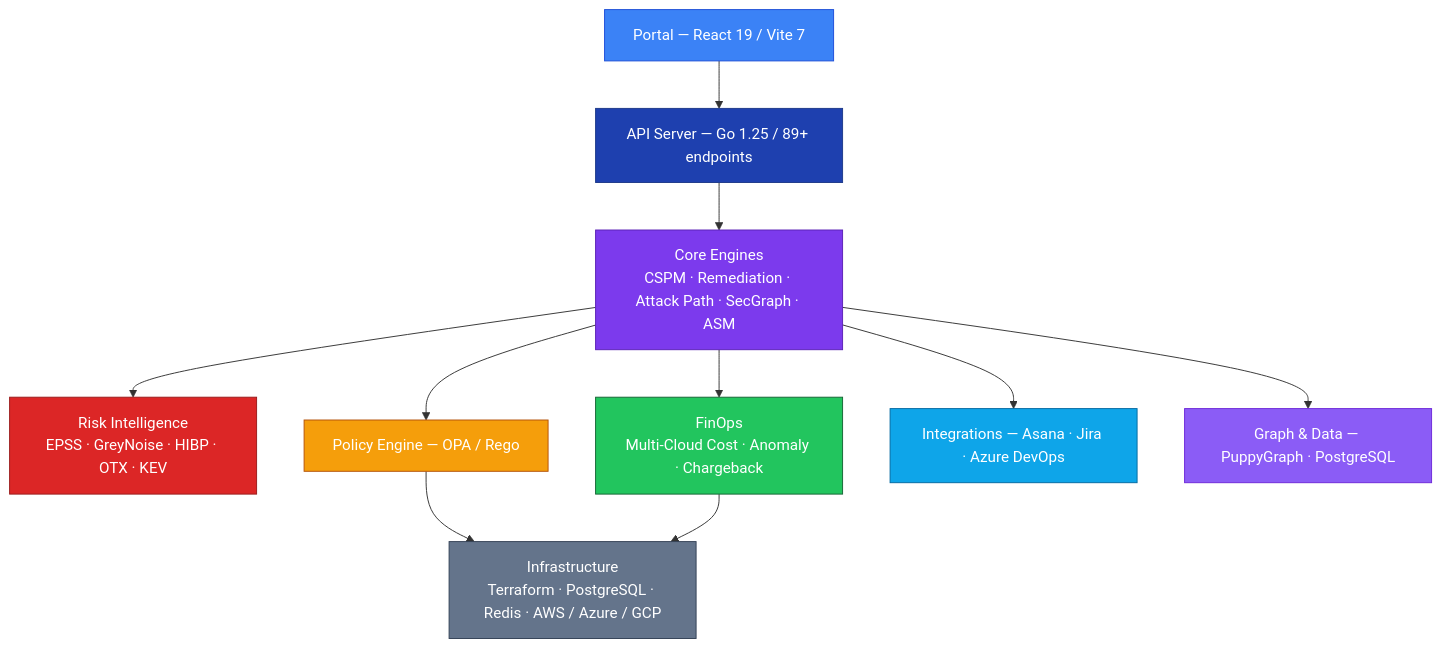
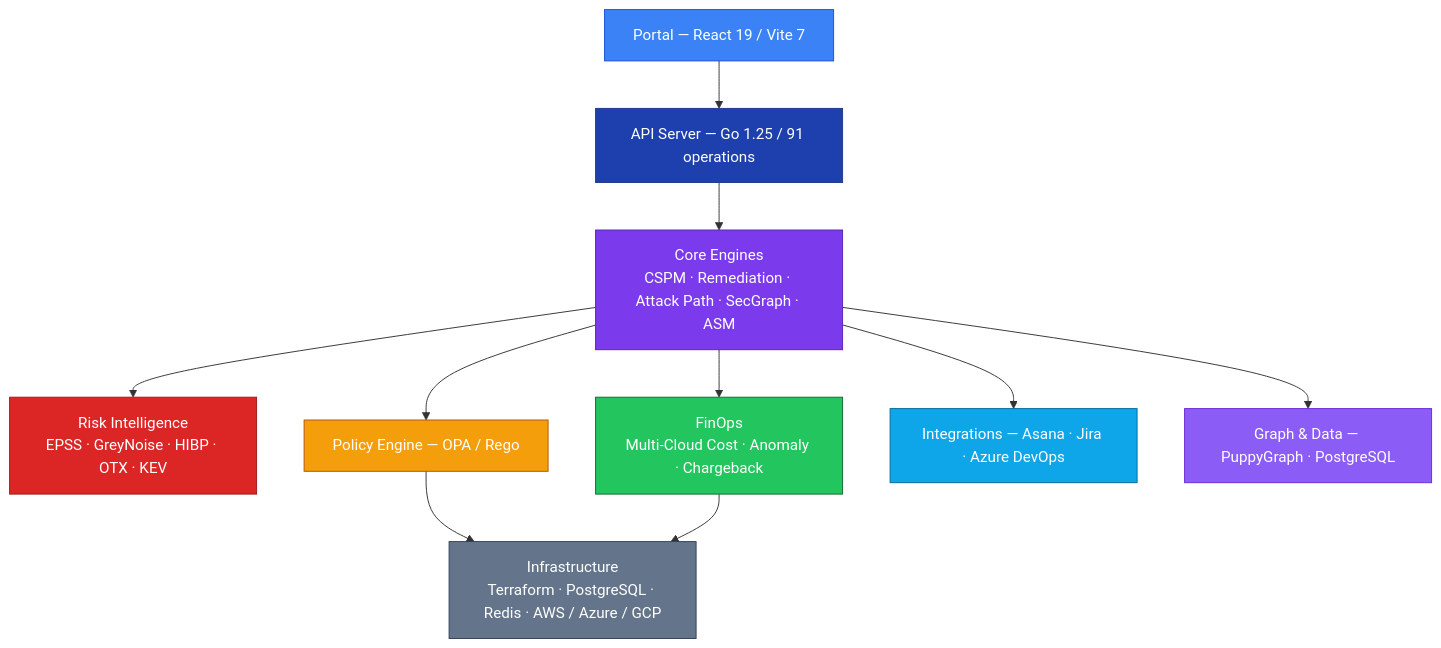
The diagram in README.md (lvonguyen/cloudforge), drawn with Mermaid before and after one commit. The commit also changed other lines of this file and 94 other files, not shown here.

````diff
--- a/README.md
+++ b/README.md
@@ -186,22 +186,22 @@
 ```mermaid
 flowchart TD
-    Portal["Portal — React 19 / Vite 7"] --> API["API Server — Go 1.25 / 89+ endpoints"]
+    Portal["Portal — React 19 / Vite 7"] --> API["API Server — Go 1.25 / 91 operations"]
     API --> Core["Core Engines\nCSPM · Remediation · Attack Path · SecGraph · ASM"]
     Core --> Intel["Risk Intelligence\nEPSS · GreyNoise · HIBP · OTX · KEV"]
     Core --> Policy["Policy Engine — OPA / Rego"]
     Core --> FinOps["FinOps\nMulti-Cloud Cost · Anomaly · Chargeback"]
     Core --> Integ["Integrations — Asana · Jira · Azure DevOps"]
     Core --> Graph["Graph & Data — PuppyGraph · PostgreSQL"]
     Policy --> Infra["Infrastructure\nTerraform · PostgreSQL · Redis · AWS / Azure / GCP"]
     FinOps --> Infra
 
     style Portal fill:#3b82f6,color:#fff,stroke:#1d4ed8
     style API fill:#1e40af,color:#fff,stroke:#1e3a8a
     style Core fill:#7c3aed,color:#fff,stroke:#5b21b6
     style Intel fill:#dc2626,color:#fff,stroke:#991b1b
     style Policy fill:#f59e0b,color:#fff,stroke:#b45309
     style FinOps fill:#22c55e,color:#fff,stroke:#166534
     style Infra fill:#64748b,color:#fff,stroke:#334155
     style Integ fill:#0ea5e9,color:#fff,stroke:#0369a1
     style Graph fill:#8b5cf6,color:#fff,stroke:#6d28d9
 ```
````
